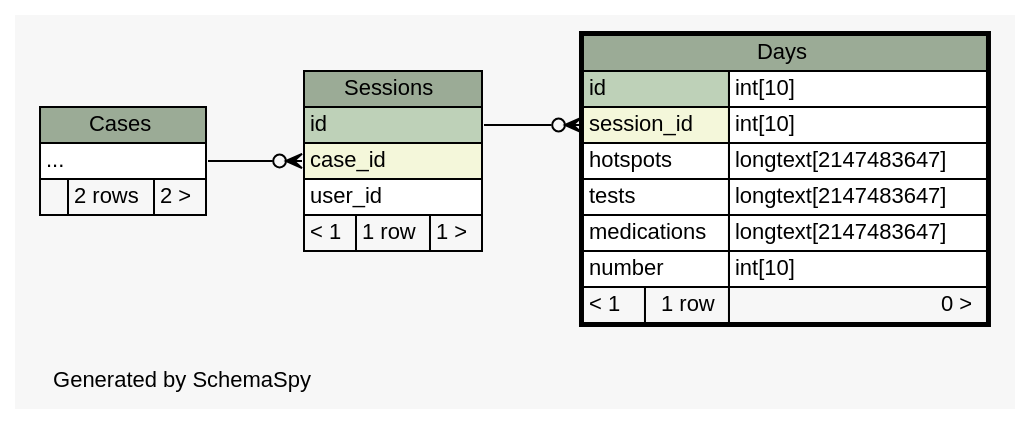
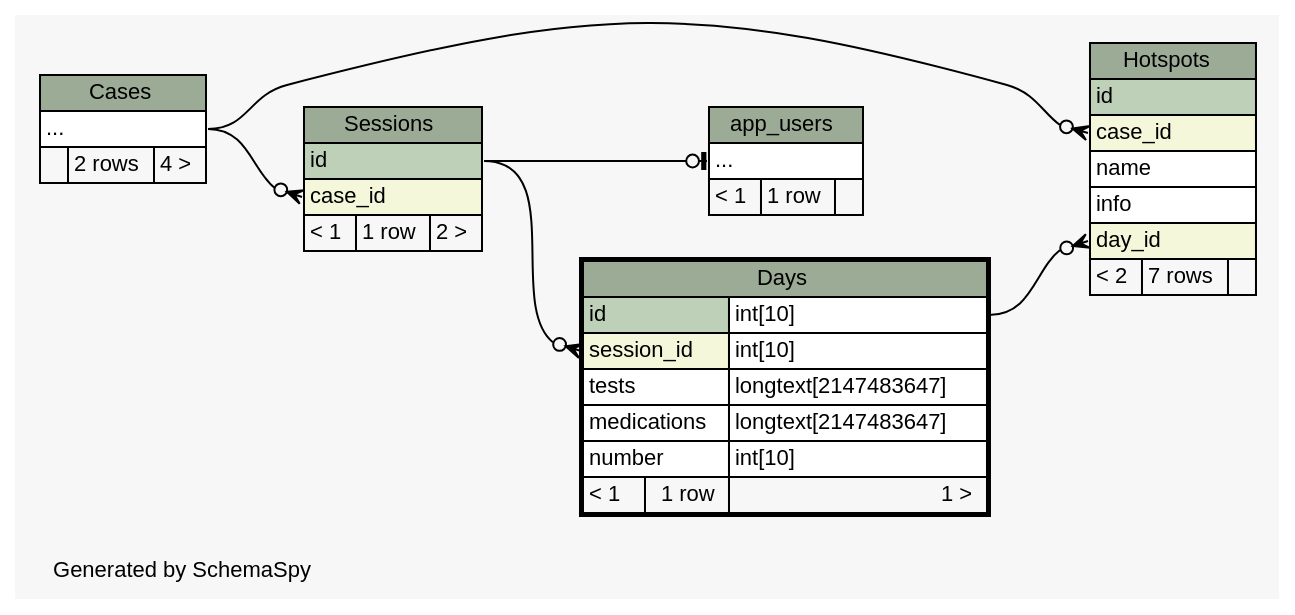
Before and after one commit to carrel2/CaseStudies: the diagram in web/files/schema/diagrams/Days.2degrees.dot, drawn with Graphviz. The commit also changed 87 other files, not shown here.

Commit message:
More work on database schema

```diff
--- a/web/files/schema/diagrams/Days.2degrees.dot
+++ b/web/files/schema/diagrams/Days.2degrees.dot
@@ -1,61 +1,86 @@
 // dot 2.38.0 on Linux 4.4.0-59-generic
 // SchemaSpy rev 590
 digraph "twoDegreesRelationshipsDiagram" {
   graph [
     rankdir="RL"
     bgcolor="#f7f7f7"
     label="\nGenerated by SchemaSpy"
     labeljust="l"
     nodesep="0.18"
     ranksep="0.46"
     fontname="Helvetica"
     fontsize="11"
   ];
   node [
     fontname="Helvetica"
     fontsize="11"
     shape="plaintext"
   ];
   edge [
     arrowsize="0.8"
   ];
+  "app_users":"elipses":w -> "Sessions":"id":e [arrowhead=none dir=back arrowtail=teeodot];
   "Days":"session_id":w -> "Sessions":"id":e [arrowhead=none dir=back arrowtail=crowodot];
+  "Hotspots":"case_id":w -> "Cases":"elipses":e [arrowhead=none dir=back arrowtail=crowodot];
+  "Hotspots":"day_id":w -> "Days":"id.type":e [arrowhead=none dir=back arrowtail=crowodot];
   "Sessions":"case_id":w -> "Cases":"elipses":e [arrowhead=none dir=back arrowtail=crowodot];
+  "app_users" [
+    label=<
+    <TABLE BORDER="0" CELLBORDER="1" CELLSPACING="0" BGCOLOR="#ffffff">
+      <TR><TD COLSPAN="3" BGCOLOR="#9bab96" ALIGN="CENTER">app_users</TD></TR>
+      <TR><TD PORT="elipses" COLSPAN="3" ALIGN="LEFT">...</TD></TR>
+      <TR><TD ALIGN="LEFT" BGCOLOR="#f7f7f7">&lt; 1</TD><TD ALIGN="RIGHT" BGCOLOR="#f7f7f7">1 row</TD><TD ALIGN="RIGHT" BGCOLOR="#f7f7f7">  </TD></TR>
+    </TABLE>>
+    URL="app_users.html"
+    tooltip="app_users"
+  ];
   "Cases" [
     label=<
     <TABLE BORDER="0" CELLBORDER="1" CELLSPACING="0" BGCOLOR="#ffffff">
       <TR><TD COLSPAN="3" BGCOLOR="#9bab96" ALIGN="CENTER">Cases</TD></TR>
       <TR><TD PORT="elipses" COLSPAN="3" ALIGN="LEFT">...</TD></TR>
-      <TR><TD ALIGN="LEFT" BGCOLOR="#f7f7f7">  </TD><TD ALIGN="RIGHT" BGCOLOR="#f7f7f7">2 rows</TD><TD ALIGN="RIGHT" BGCOLOR="#f7f7f7">2 &gt;</TD></TR>
+      <TR><TD ALIGN="LEFT" BGCOLOR="#f7f7f7">  </TD><TD ALIGN="RIGHT" BGCOLOR="#f7f7f7">2 rows</TD><TD ALIGN="RIGHT" BGCOLOR="#f7f7f7">4 &gt;</TD></TR>
     </TABLE>>
     URL="Cases.html"
     tooltip="Cases"
   ];
   "Days" [
     label=<
     <TABLE BORDER="2" CELLBORDER="1" CELLSPACING="0" BGCOLOR="#ffffff">
       <TR><TD COLSPAN="3" BGCOLOR="#9bab96" ALIGN="CENTER">Days</TD></TR>
       <TR><TD PORT="id" COLSPAN="2" BGCOLOR="#bed1b8" ALIGN="LEFT">id</TD><TD PORT="id.type" ALIGN="LEFT">int[10]</TD></TR>
       <TR><TD PORT="session_id" COLSPAN="2" BGCOLOR="#f4f7da" ALIGN="LEFT">session_id</TD><TD PORT="session_id.type" ALIGN="LEFT">int[10]</TD></TR>
-      <TR><TD PORT="hotspots" COLSPAN="2" ALIGN="LEFT">hotspots</TD><TD PORT="hotspots.type" ALIGN="LEFT">longtext[2147483647]</TD></TR>
       <TR><TD PORT="tests" COLSPAN="2" ALIGN="LEFT">tests</TD><TD PORT="tests.type" ALIGN="LEFT">longtext[2147483647]</TD></TR>
       <TR><TD PORT="medications" COLSPAN="2" ALIGN="LEFT">medications</TD><TD PORT="medications.type" ALIGN="LEFT">longtext[2147483647]</TD></TR>
       <TR><TD PORT="number" COLSPAN="2" ALIGN="LEFT">number</TD><TD PORT="number.type" ALIGN="LEFT">int[10]</TD></TR>
-      <TR><TD ALIGN="LEFT" BGCOLOR="#f7f7f7">&lt; 1</TD><TD ALIGN="RIGHT" BGCOLOR="#f7f7f7">1 row</TD><TD ALIGN="RIGHT" BGCOLOR="#f7f7f7">0 &gt;</TD></TR>
+      <TR><TD ALIGN="LEFT" BGCOLOR="#f7f7f7">&lt; 1</TD><TD ALIGN="RIGHT" BGCOLOR="#f7f7f7">1 row</TD><TD ALIGN="RIGHT" BGCOLOR="#f7f7f7">1 &gt;</TD></TR>
     </TABLE>>
     URL="Days.html"
     tooltip="Days"
+  ];
+  "Hotspots" [
+    label=<
+    <TABLE BORDER="0" CELLBORDER="1" CELLSPACING="0" BGCOLOR="#ffffff">
+      <TR><TD COLSPAN="3" BGCOLOR="#9bab96" ALIGN="CENTER">Hotspots</TD></TR>
+      <TR><TD PORT="id" COLSPAN="3" BGCOLOR="#bed1b8" ALIGN="LEFT">id</TD></TR>
+      <TR><TD PORT="case_id" COLSPAN="3" BGCOLOR="#f4f7da" ALIGN="LEFT">case_id</TD></TR>
+      <TR><TD PORT="name" COLSPAN="3" ALIGN="LEFT">name</TD></TR>
+      <TR><TD PORT="info" COLSPAN="3" ALIGN="LEFT">info</TD></TR>
+      <TR><TD PORT="day_id" COLSPAN="3" BGCOLOR="#f4f7da" ALIGN="LEFT">day_id</TD></TR>
+      <TR><TD ALIGN="LEFT" BGCOLOR="#f7f7f7">&lt; 2</TD><TD ALIGN="RIGHT" BGCOLOR="#f7f7f7">7 rows</TD><TD ALIGN="RIGHT" BGCOLOR="#f7f7f7">  </TD></TR>
+    </TABLE>>
+    URL="Hotspots.html"
+    tooltip="Hotspots"
   ];
   "Sessions" [
     label=<
     <TABLE BORDER="0" CELLBORDER="1" CELLSPACING="0" BGCOLOR="#ffffff">
       <TR><TD COLSPAN="3" BGCOLOR="#9bab96" ALIGN="CENTER">Sessions</TD></TR>
       <TR><TD PORT="id" COLSPAN="3" BGCOLOR="#bed1b8" ALIGN="LEFT">id</TD></TR>
       <TR><TD PORT="case_id" COLSPAN="3" BGCOLOR="#f4f7da" ALIGN="LEFT">case_id</TD></TR>
-      <TR><TD PORT="user_id" COLSPAN="3" ALIGN="LEFT">user_id</TD></TR>
-      <TR><TD ALIGN="LEFT" BGCOLOR="#f7f7f7">&lt; 1</TD><TD ALIGN="RIGHT" BGCOLOR="#f7f7f7">1 row</TD><TD ALIGN="RIGHT" BGCOLOR="#f7f7f7">1 &gt;</TD></TR>
+      <TR><TD ALIGN="LEFT" BGCOLOR="#f7f7f7">&lt; 1</TD><TD ALIGN="RIGHT" BGCOLOR="#f7f7f7">1 row</TD><TD ALIGN="RIGHT" BGCOLOR="#f7f7f7">2 &gt;</TD></TR>
     </TABLE>>
     URL="Sessions.html"
     tooltip="Sessions"
   ];
 }
```
